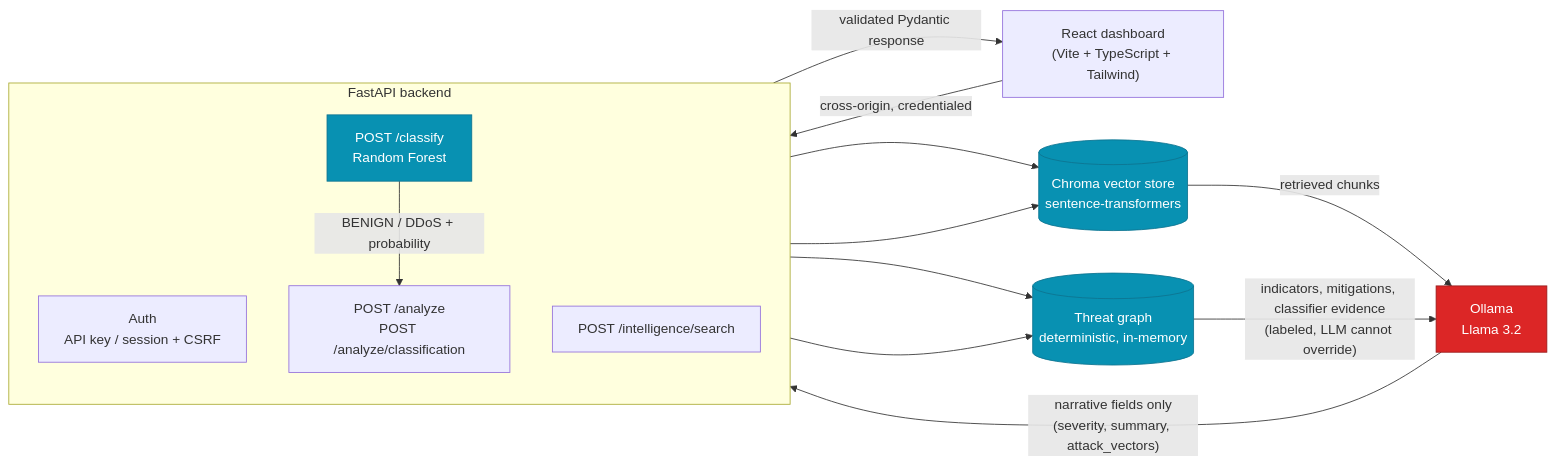
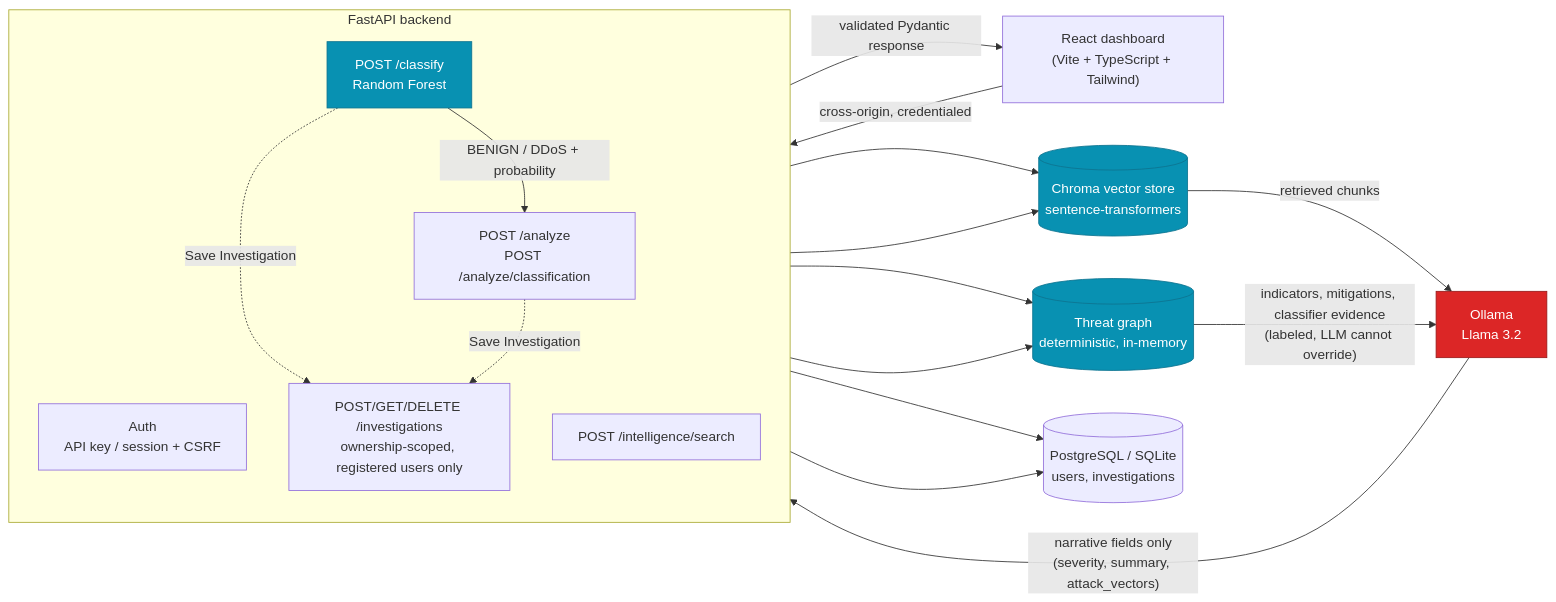
Before and after one commit to abhisheknsalian/cyber-ai-platform: the first of 2 diagrams in README.md, drawn with Mermaid. The commit also changed other lines of this file and 5 other files, not shown here.

````diff
--- a/README.md
+++ b/README.md
@@ -97,32 +98,38 @@
 ```mermaid
 flowchart LR
     UI["React dashboard<br/>(Vite + TypeScript + Tailwind)"]
 
     subgraph API["FastAPI backend"]
         direction TB
         Auth["Auth<br/>API key / session + CSRF"]
         Classify["POST /classify<br/>Random Forest"]
         Analyze["POST /analyze<br/>POST /analyze/classification"]
         Search["POST /intelligence/search"]
+        Investigations["POST/GET/DELETE /investigations<br/>ownership-scoped, registered users only"]
     end
 
     Vector[("Chroma vector store<br/>sentence-transformers")]
     Graph[("Threat graph<br/>deterministic, in-memory")]
     LLM["Ollama<br/>Llama 3.2"]
+    DB[("PostgreSQL / SQLite<br/>users, investigations")]
 
     UI -->|cross-origin, credentialed| API
     Classify -->|"BENIGN / DDoS + probability"| Analyze
     Analyze --> Vector
     Analyze --> Graph
     Search --> Vector
     Search --> Graph
     Vector -->|"retrieved chunks"| LLM
     Graph -->|"indicators, mitigations, classifier evidence<br/>(labeled, LLM cannot override)"| LLM
     LLM -->|"narrative fields only<br/>(severity, summary, attack_vectors)"| Analyze
     Analyze -->|"validated Pydantic response"| UI
+    Classify -.->|"Save Investigation"| Investigations
+    Analyze -.->|"Save Investigation"| Investigations
+    Auth --> DB
+    Investigations --> DB
 
     classDef det fill:#0891b2,stroke:#0e7490,color:#fff
     classDef llm fill:#dc2626,stroke:#991b1b,color:#fff
     class Vector,Graph,Classify det
     class LLM llm
 ```
````
